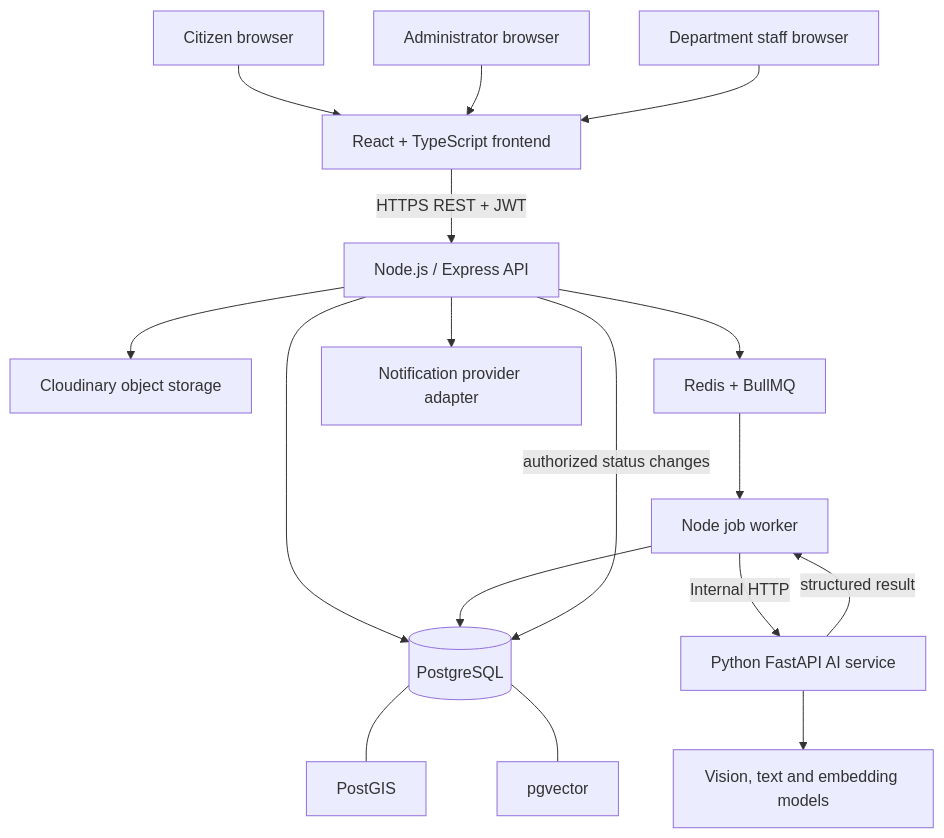
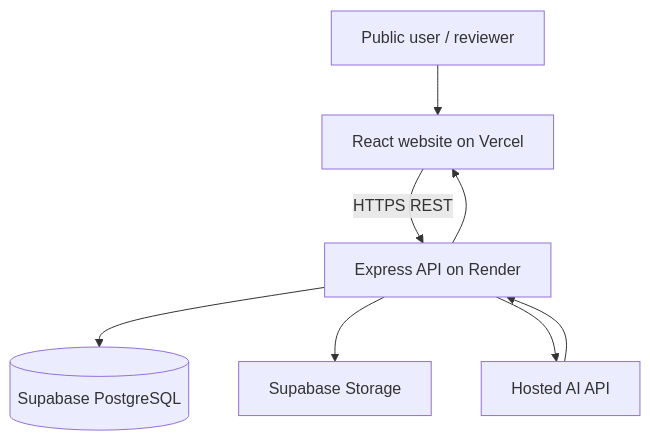
The diagram in docs/ARCHITECTURE.md (tejalsuryawanshi07/civic_fix), drawn with Mermaid before and after one commit. The commit also changed other lines of this file, not shown here.

Commit message:
docs: simplify CivicFix for public cloud deployment

````diff
--- a/docs/ARCHITECTURE.md
+++ b/docs/ARCHITECTURE.md
@@ -33,19 +24,10 @@
 ```mermaid
-flowchart TB
-  C[Citizen browser] --> FE[React + TypeScript frontend]
-  A[Administrator browser] --> FE
-  D[Department staff browser] --> FE
-  FE -->|HTTPS REST + JWT| API[Node.js / Express API]
-  API --> DB[(PostgreSQL)]
-  DB --- GIS[PostGIS]
-  DB --- VEC[pgvector]
-  API --> OBJ[Cloudinary object storage]
-  API --> Q[Redis + BullMQ]
-  Q --> W[Node job worker]
-  W -->|Internal HTTP| AI[Python FastAPI AI service]
-  AI --> MODELS[Vision, text and embedding models]
-  AI -->|structured result| W
-  W --> DB
-  API -->|authorized status changes| DB
-  API --> NOTIFY[Notification provider adapter]
+flowchart TD
+  U[Public user / reviewer] --> FE[React website on Vercel]
+  FE -->|HTTPS REST| BE[Express API on Render]
+  BE --> DB[(Supabase PostgreSQL)]
+  BE --> FS[Supabase Storage]
+  BE --> AI[Hosted AI API]
+  AI --> BE
+  BE --> FE
 ```
````
